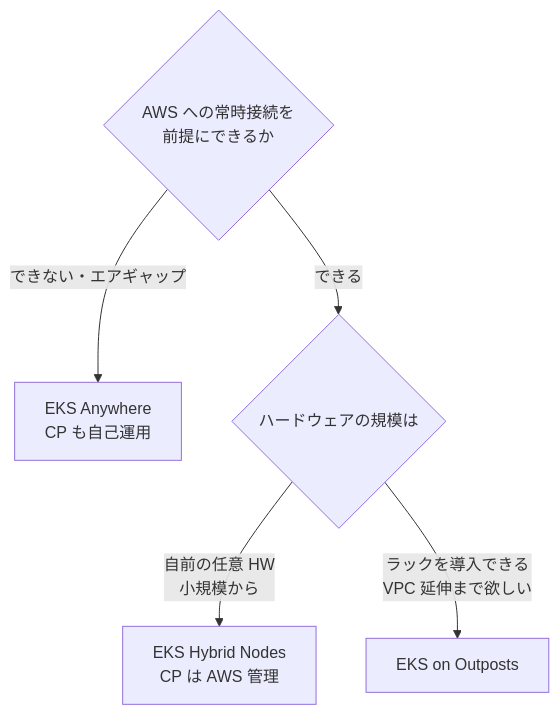
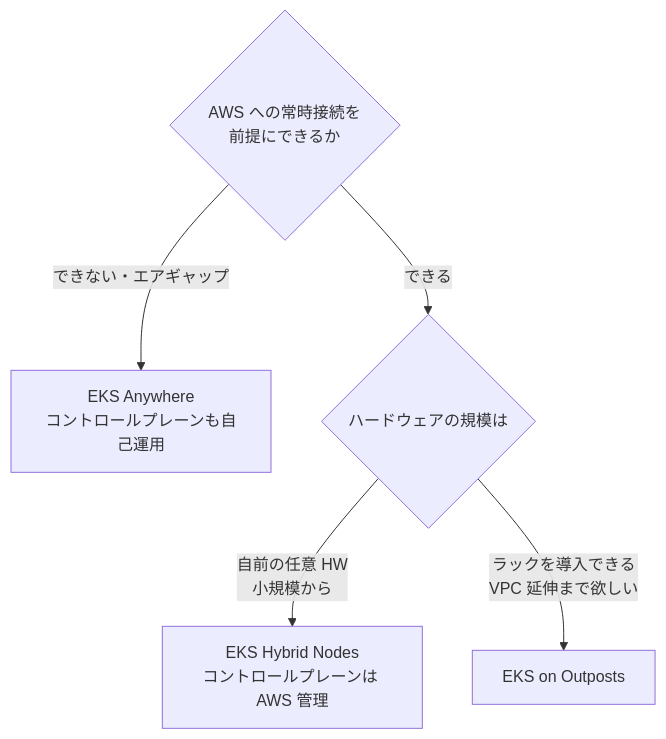
Before and after one commit to shinichitazawa/zenn-articles: the diagram in articles/002-hybrid-vs-outposts-vs-anywhere.md, drawn with Mermaid. The commit also changed other lines of this file and 18 other files, not shown here.

````diff
--- a/articles/002-hybrid-vs-outposts-vs-anywhere.md
+++ b/articles/002-hybrid-vs-outposts-vs-anywhere.md
@@ -52,8 +52,8 @@
 ```mermaid
 flowchart TB
   Q1{AWS への常時接続を<br/>前提にできるか}
-  Q1 -->|できない・エアギャップ| ANY[EKS Anywhere<br/>CP も自己運用]
+  Q1 -->|できない・エアギャップ| ANY[EKS Anywhere<br/>コントロールプレーンも自己運用]
   Q1 -->|できる| Q2{ハードウェアの規模は}
-  Q2 -->|自前の任意 HW<br/>小規模から| HN[EKS Hybrid Nodes<br/>CP は AWS 管理]
+  Q2 -->|自前の任意 HW<br/>小規模から| HN[EKS Hybrid Nodes<br/>コントロールプレーンは AWS 管理]
   Q2 -->|ラックを導入できる<br/>VPC 延伸まで欲しい| OP[EKS on Outposts]
 ```
````
